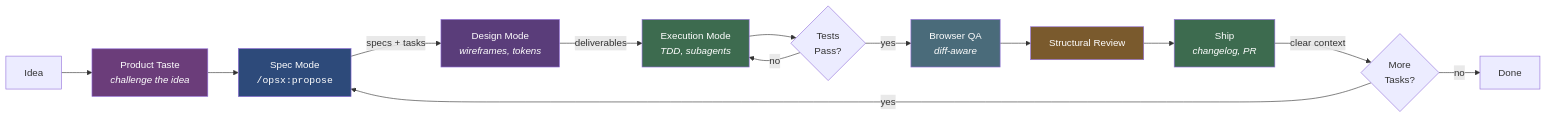
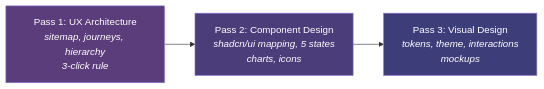
One commit to gregario/AI-Factory changed the second of 3 diagrams in README.md. Above: the diagram before and after it, drawn with Mermaid. The commit also changed other lines of this file and 22 other files, not shown here.

First line of the commit message:
feat: add 3-pass Design Mode, UI toolkit stack, and end-to-end pipeline

````diff
--- a/README.md
+++ b/README.md
@@ -77,23 +69,11 @@
 ```mermaid
 graph LR
-    A["Idea"] --> PT["Product Taste<br/><i>challenge the idea</i>"]
-    PT --> B["Spec Mode<br/><code>/opsx:propose</code>"]
-    B -->|"specs + tasks"| C["Design Mode<br/><i>wireframes, tokens</i>"]
-    C -->|"deliverables"| D["Execution Mode<br/><i>TDD, subagents</i>"]
-    D --> E{"Tests<br/>Pass?"}
-    E -->|"no"| D
-    E -->|"yes"| QA["Browser QA<br/><i>diff-aware</i>"]
-    QA --> F["Structural Review"]
-    F --> G["Ship<br/><i>changelog, PR</i>"]
-    G -->|"clear context"| H{"More<br/>Tasks?"}
-    H -->|"yes"| B
-    H -->|"no"| I["Done"]
+    P1["Pass 1: UX Architecture<br/><i>sitemap, journeys, hierarchy<br/>3-click rule</i>"]
+    P2["Pass 2: Component Design<br/><i>shadcn/ui mapping, 5 states<br/>charts, icons</i>"]
+    P3["Pass 3: Visual Design<br/><i>tokens, theme, interactions<br/>mockups</i>"]
+    P1 --> P2 --> P3
 
-    style PT fill:#6b3d7a,color:#fff
-    style B fill:#2d4a7a,color:#fff
-    style C fill:#5a3d7a,color:#fff
-    style D fill:#3d6b4f,color:#fff
-    style QA fill:#4a6b7a,color:#fff
-    style F fill:#7a5a2d,color:#fff
-    style G fill:#3d6b4f,color:#fff
+    style P1 fill:#5a3d7a,color:#fff
+    style P2 fill:#4a3d7a,color:#fff
+    style P3 fill:#3d3d7a,color:#fff
 ```
````
